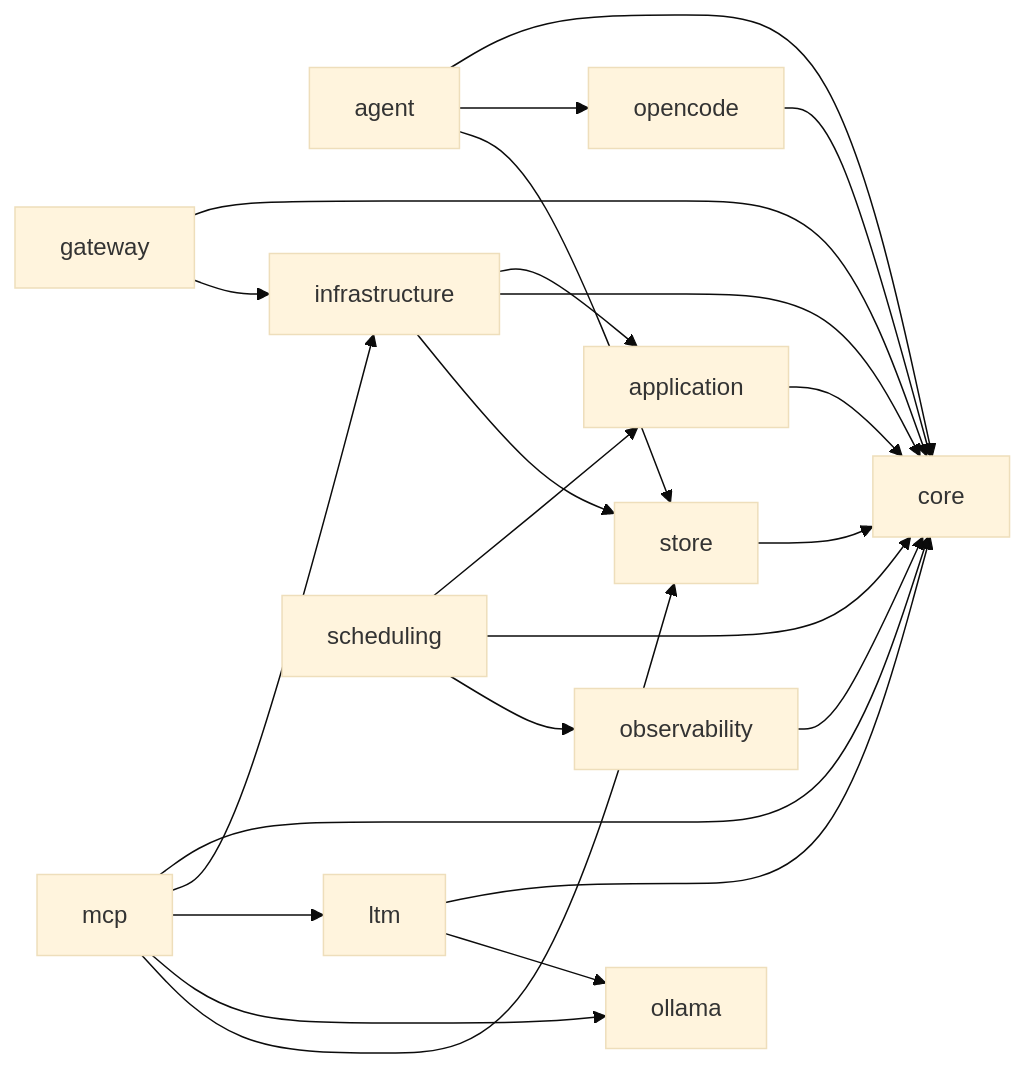
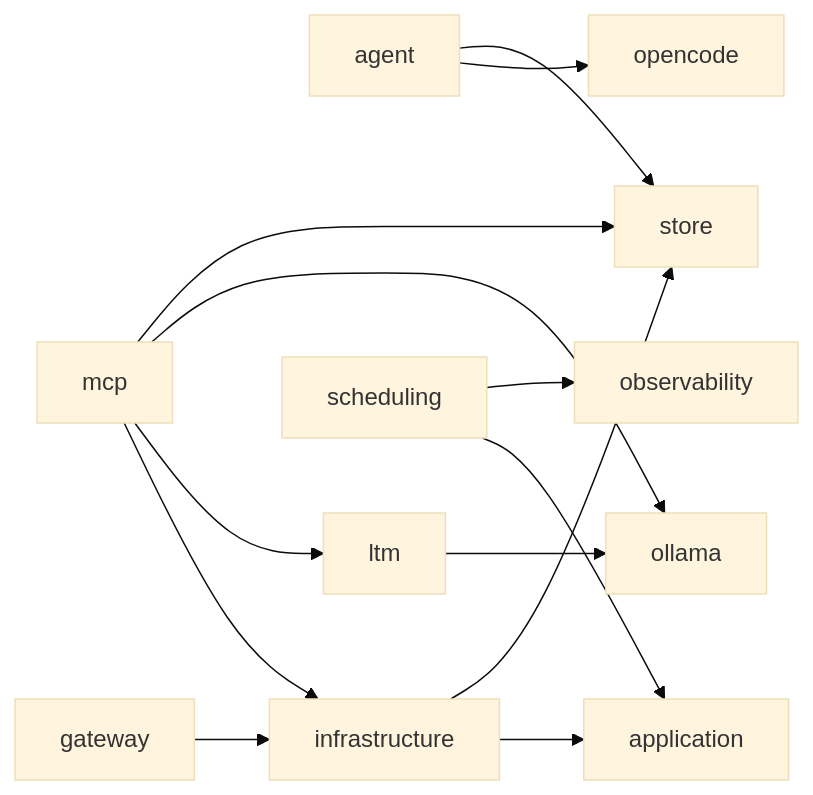
One commit to OJII3/vicissitude changed the diagram in docs/DEPS.md. Above: the diagram before and after it, drawn with Mermaid (base theme). The commit also changed other lines of this file and 71 other files, not shown here.

````diff
--- a/docs/DEPS.md
+++ b/docs/DEPS.md
@@ -7,27 +7,20 @@
 ```mermaid
 graph LR
-  agent --> core
   agent --> opencode
   agent --> store
-  application --> core
-  core
-  gateway --> core
+  application
   gateway --> infrastructure
   infrastructure --> application
-  infrastructure --> core
   infrastructure --> store
-  ltm --> core
   ltm --> ollama
-  mcp --> core
   mcp --> infrastructure
   mcp --> ltm
   mcp --> ollama
   mcp --> store
-  observability --> core
+  observability
   ollama
-  opencode --> core
+  opencode
   scheduling --> application
-  scheduling --> core
   scheduling --> observability
-  store --> core
+  store
 ```
````
